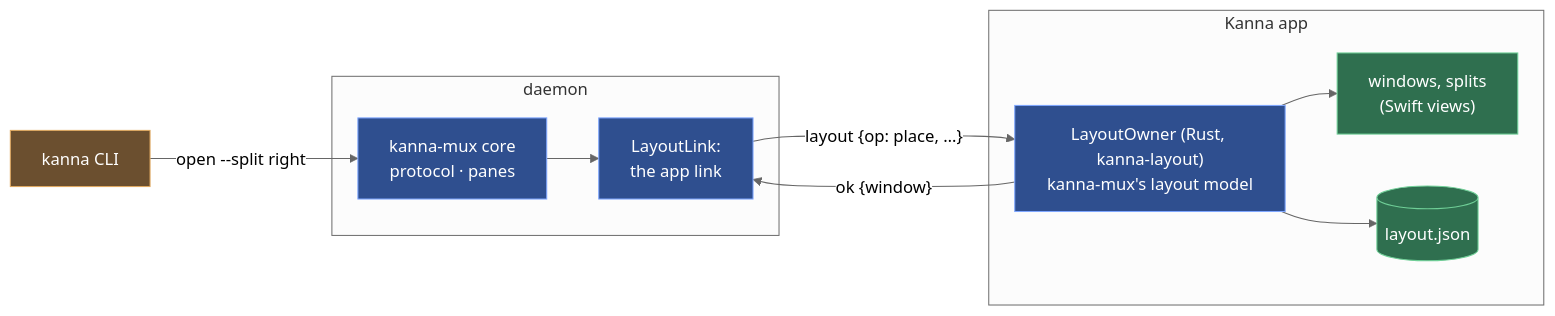
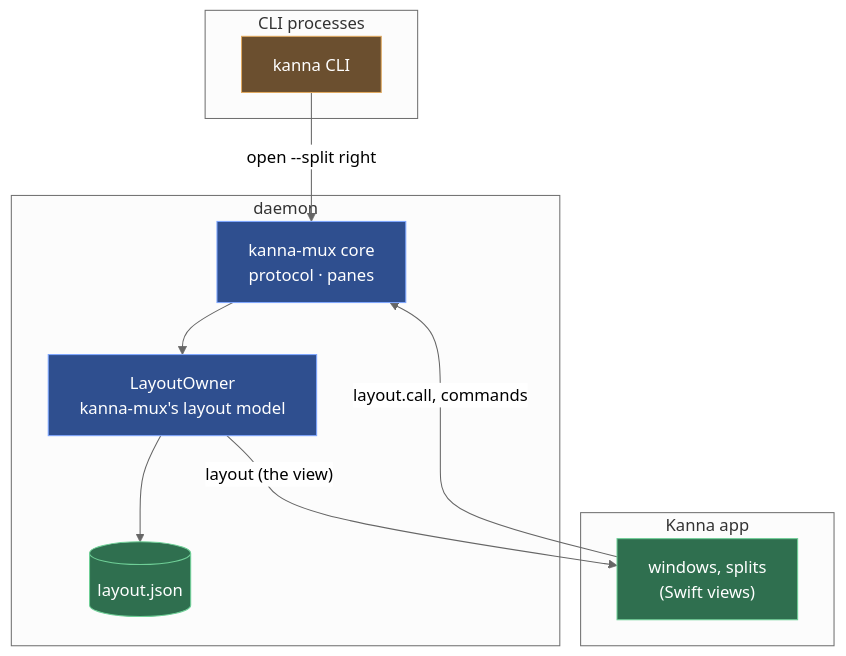
Before and after one commit to tampopogk/kanna: the first of 2 diagrams in docs/specs/layout.md, drawn with Mermaid (neutral theme). The commit also changed other lines of this file and 32 other files, not shown here.

````diff
--- a/docs/specs/layout.md
+++ b/docs/specs/layout.md
@@ -23,19 +25,22 @@
 ```mermaid
-flowchart LR
-    CLI["kanna CLI"] -->|"open --split right"| CORE
-    subgraph D["daemon"]
-        CORE["kanna-mux core<br/>protocol · panes"] --> LINK["LayoutLink:<br/>the app link"]
+flowchart TB
+    subgraph CLIP["CLI processes"]
+        CLI["kanna CLI"]
     end
     subgraph A["Kanna app"]
-        OWNER["LayoutOwner (Rust, kanna-layout)<br/>kanna-mux's layout model"] --> VIEW["windows, splits<br/>(Swift views)"]
+        VIEW["windows, splits<br/>(Swift views)"]
+    end
+    subgraph D["daemon"]
+        CORE["kanna-mux core<br/>protocol · panes"] --> OWNER["LayoutOwner<br/>kanna-mux's layout model"]
         OWNER --> FILE[("layout.json")]
     end
-    LINK -->|"layout {op: place, …}"| OWNER
-    OWNER -->|"ok {window}"| LINK
+    CLI -->|"open --split right"| CORE
+    VIEW -->|"layout.call, commands"| CORE
+    OWNER -->|"layout (the view)"| VIEW
     classDef kanna fill:#2f6f4f,stroke:#6fcf97,color:#ffffff
     classDef kmux fill:#2f4f8f,stroke:#7fa7ff,color:#ffffff
     classDef ext fill:#6b4f2f,stroke:#e0a960,color:#ffffff
-    class CORE,LINK,OWNER kmux
+    class CORE,OWNER kmux
     class VIEW,FILE kanna
     class CLI ext
 ```
````
